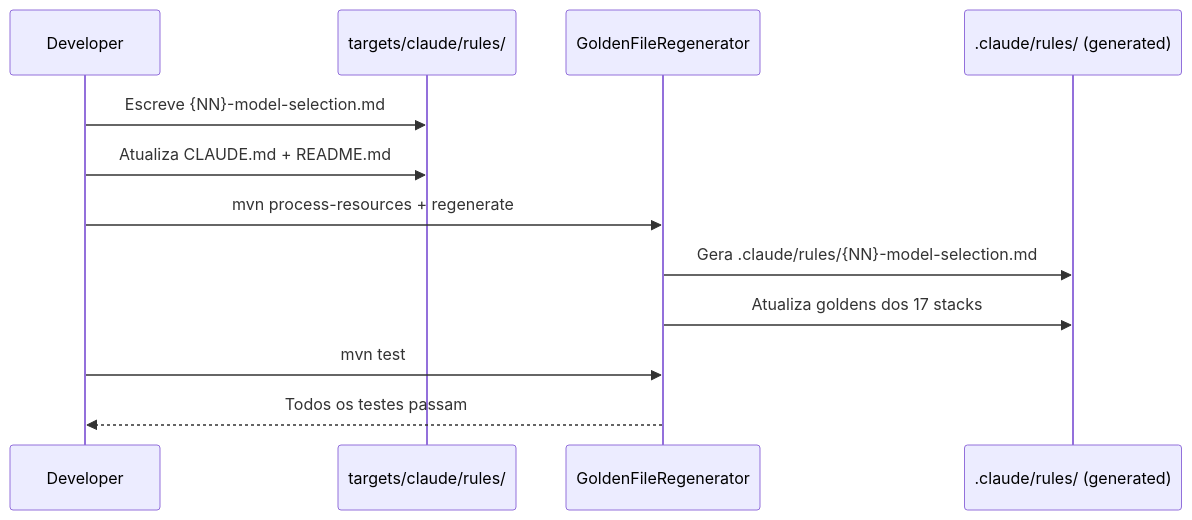
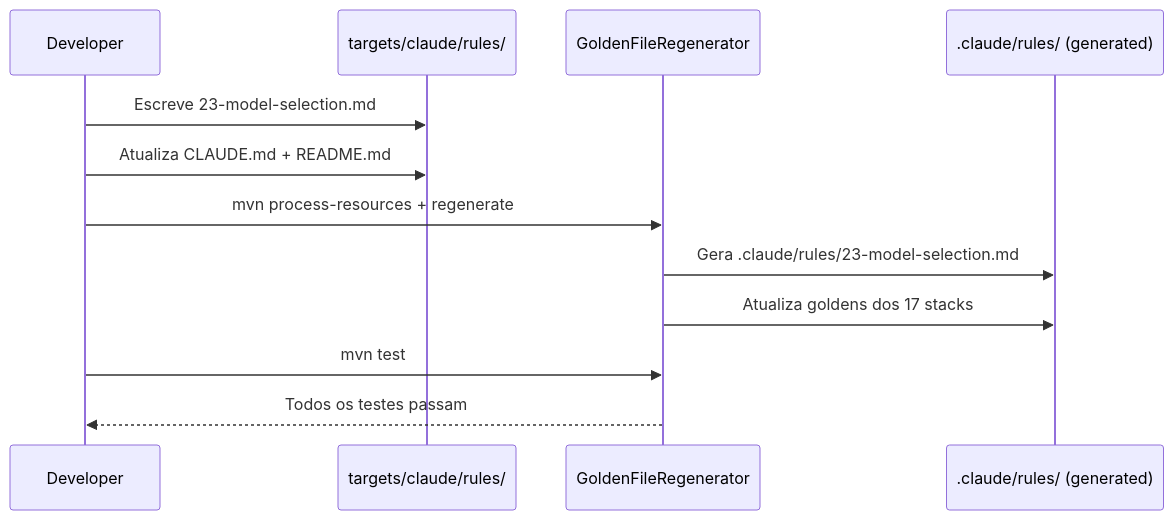
The diagram in plans/epic-0050/story-0050-0001.md (edercnj/ia-dev-environment), drawn with Mermaid before and after one commit. The commit also changed other lines of this file and 6 other files, not shown here.

````diff
--- a/plans/epic-0050/story-0050-0001.md
+++ b/plans/epic-0050/story-0050-0001.md
@@ -114,15 +114,15 @@
 ```mermaid
 sequenceDiagram
     participant Dev as Developer
     participant Src as targets/claude/rules/
     participant Gen as GoldenFileRegenerator
     participant Out as .claude/rules/ (generated)
 
-    Dev->>Src: Escreve {NN}-model-selection.md
+    Dev->>Src: Escreve 23-model-selection.md
     Dev->>Src: Atualiza CLAUDE.md + README.md
     Dev->>Gen: mvn process-resources + regenerate
-    Gen->>Out: Gera .claude/rules/{NN}-model-selection.md
+    Gen->>Out: Gera .claude/rules/23-model-selection.md
     Gen->>Out: Atualiza goldens dos 17 stacks
     Dev->>Gen: mvn test
     Gen-->>Dev: Todos os testes passam
 ```
````
